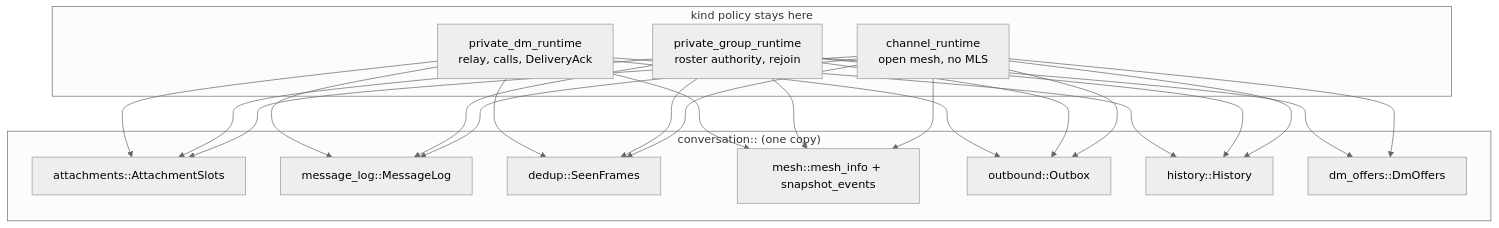
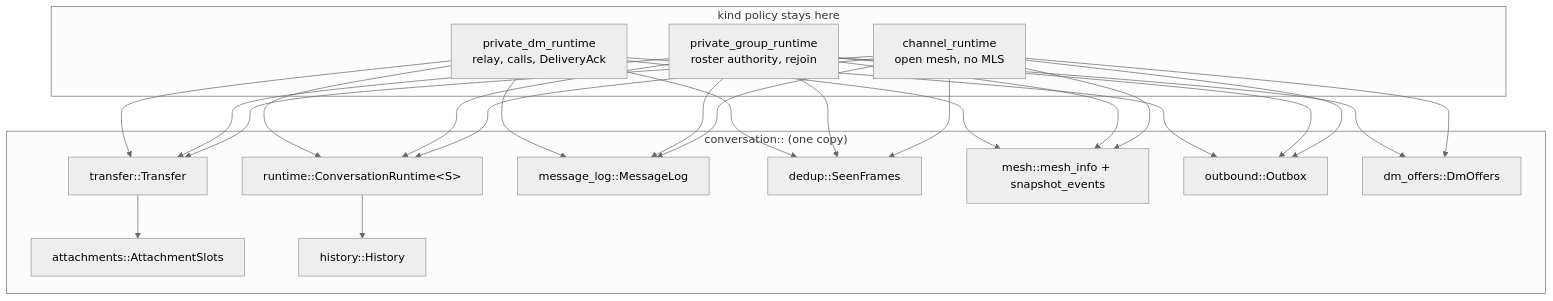
One commit to redstone-md/mosh-flutter changed the first of 3 diagrams in docs/ADR/0019-shared-conversation-strata-in-the-core.md. Above: the diagram before and after it, drawn with Mermaid (neutral theme). The commit also changed other lines of this file and 1 other file, not shown here.

First line of the commit message:
docs: the conversation strata are folded, down to the runtime shell

````diff
--- a/docs/ADR/0019-shared-conversation-strata-in-the-core.md
+++ b/docs/ADR/0019-shared-conversation-strata-in-the-core.md
@@ -38,38 +38,42 @@
 ```mermaid
 flowchart TD
     subgraph kinds["kind policy stays here"]
         Dm["private_dm_runtime<br/>relay, calls, DeliveryAck"]
         Gr["private_group_runtime<br/>roster authority, rejoin"]
         Ch["channel_runtime<br/>open mesh, no MLS"]
     end
     subgraph shared["conversation:: (one copy)"]
+        Shell["runtime::ConversationRuntime&lt;S&gt;"]
+        Xfer["transfer::Transfer"]
         Slots["attachments::AttachmentSlots"]
         Log["message_log::MessageLog"]
         Seen["dedup::SeenFrames"]
         Mesh["mesh::mesh_info + snapshot_events"]
         Out["outbound::Outbox"]
         Hist["history::History"]
         Offers["dm_offers::DmOffers"]
     end
 
-    Dm --> Slots
+    Dm --> Shell
+    Gr --> Shell
+    Ch --> Shell
+    Dm --> Xfer
     Dm --> Log
     Dm --> Seen
     Dm --> Mesh
     Dm --> Out
-    Dm --> Hist
-    Gr --> Slots
+    Gr --> Xfer
     Gr --> Log
     Gr --> Seen
     Gr --> Mesh
     Gr --> Out
-    Gr --> Hist
     Gr --> Offers
-    Ch --> Slots
+    Ch --> Xfer
     Ch --> Log
     Ch --> Seen
     Ch --> Mesh
     Ch --> Out
-    Ch --> Hist
     Ch --> Offers
+    Xfer --> Slots
+    Shell --> Hist
 ```
````
